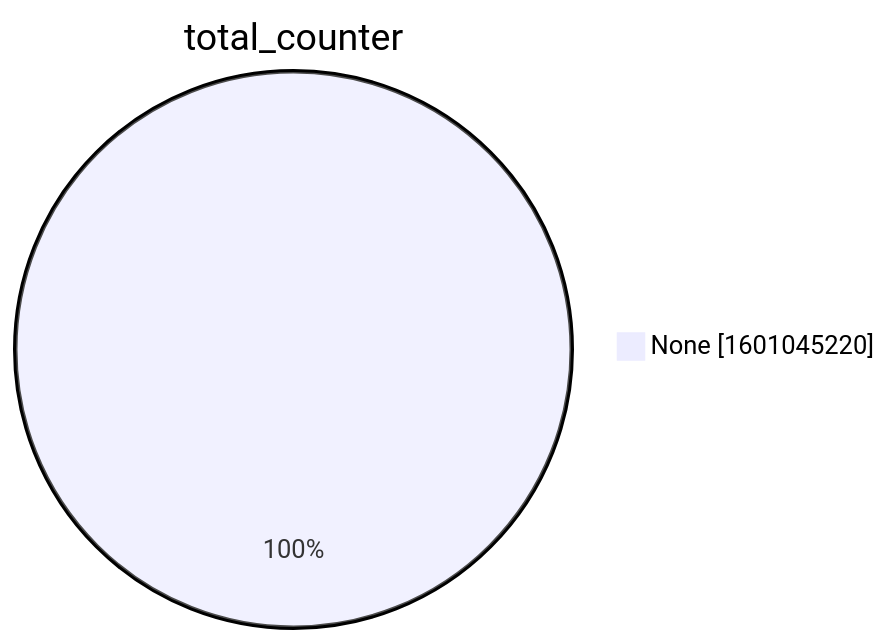
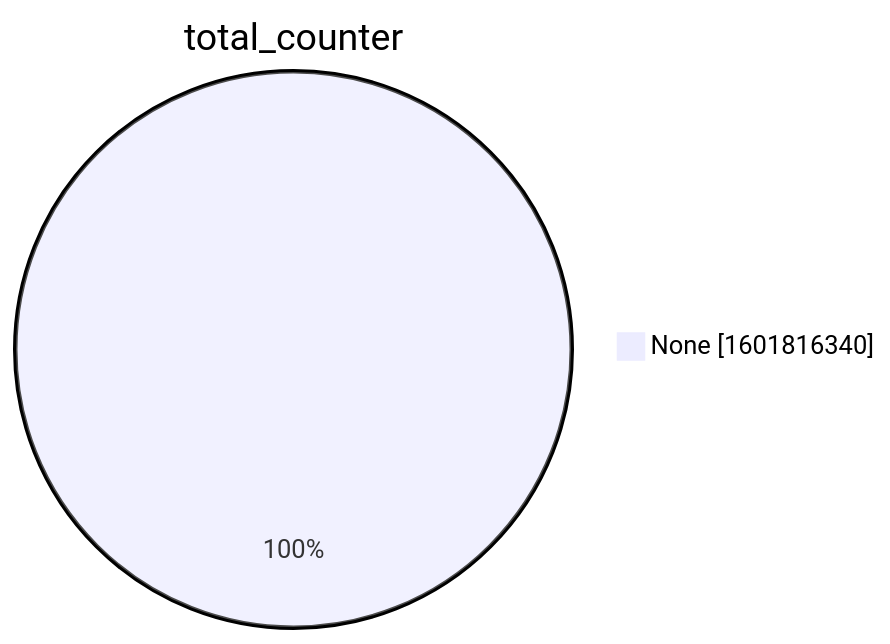
The second of 15 diagrams in xenon2022/README.md (christiankrug/ctmonitor_visualization), drawn with Mermaid before and after one commit. The commit also changed other lines of this file, not shown here.

````diff
--- a/xenon2022/README.md
+++ b/xenon2022/README.md
@@ -9,5 +9,5 @@
 ```mermaid
 pie showData
 title total_counter
-"None" :1601045220
+"None" :1601816340
 ```
````
